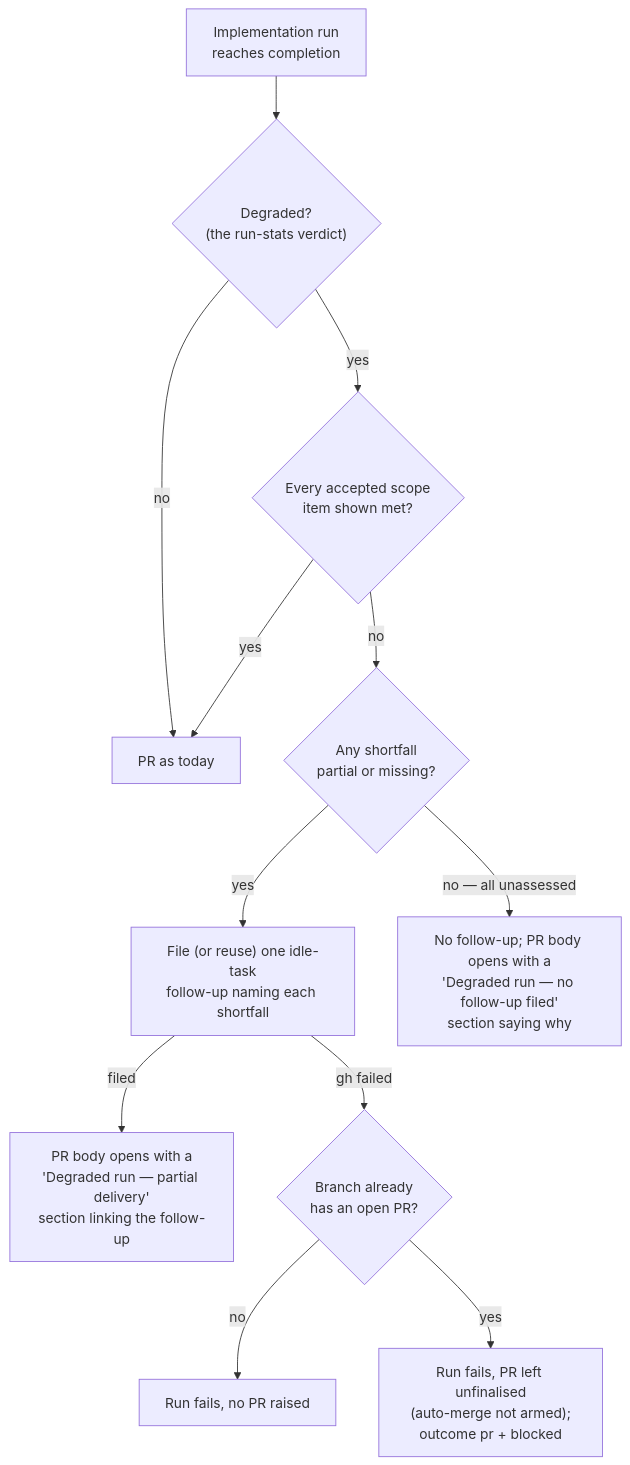
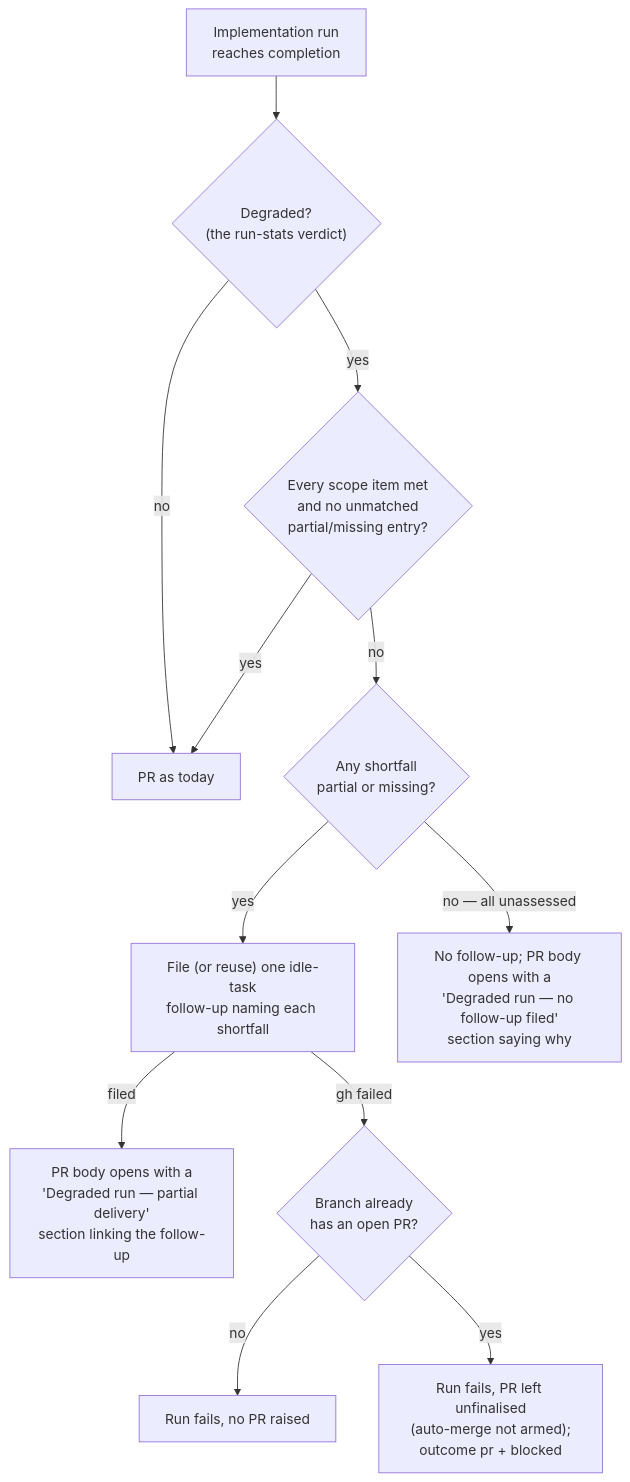
Diagram 17 of 21 in docs/workflows/issue-processing.md (stSoftwareAU/VibeCoder), drawn with Mermaid before and after one commit. The commit also changed other lines of this file and 3 other files, not shown here.

Commit message:
Describe the follow-up an all-met degraded run still files for an unmatched gap (Issue #3128).

````diff
--- a/docs/workflows/issue-processing.md
+++ b/docs/workflows/issue-processing.md
@@ -1419,14 +1419,14 @@
 ```mermaid
 flowchart TD
     R["Implementation run<br/>reaches completion"] --> D{"Degraded?<br/>(the run-stats verdict)"}
     D -- no --> P["PR as today"]
-    D -- yes --> S{"Every accepted scope<br/>item shown met?"}
+    D -- yes --> S{"Every scope item met<br/>and no unmatched<br/>partial/missing entry?"}
     S -- yes --> P
     S -- no --> G{"Any shortfall<br/>partial or missing?"}
     G -- yes --> F["File (or reuse) one idle-task<br/>follow-up naming each shortfall"]
     F -- filed --> B["PR body opens with a<br/>'Degraded run — partial delivery'<br/>section linking the follow-up"]
     F -- "gh failed" --> Q{"Branch already<br/>has an open PR?"}
     Q -- no --> X["Run fails, no PR raised"]
     Q -- yes --> Y["Run fails, PR left unfinalised<br/>(auto-merge not armed);<br/>outcome pr + blocked"]
     G -- "no — all unassessed" --> N["No follow-up; PR body opens with a<br/>'Degraded run — no follow-up filed'<br/>section saying why"]
 ```
````
